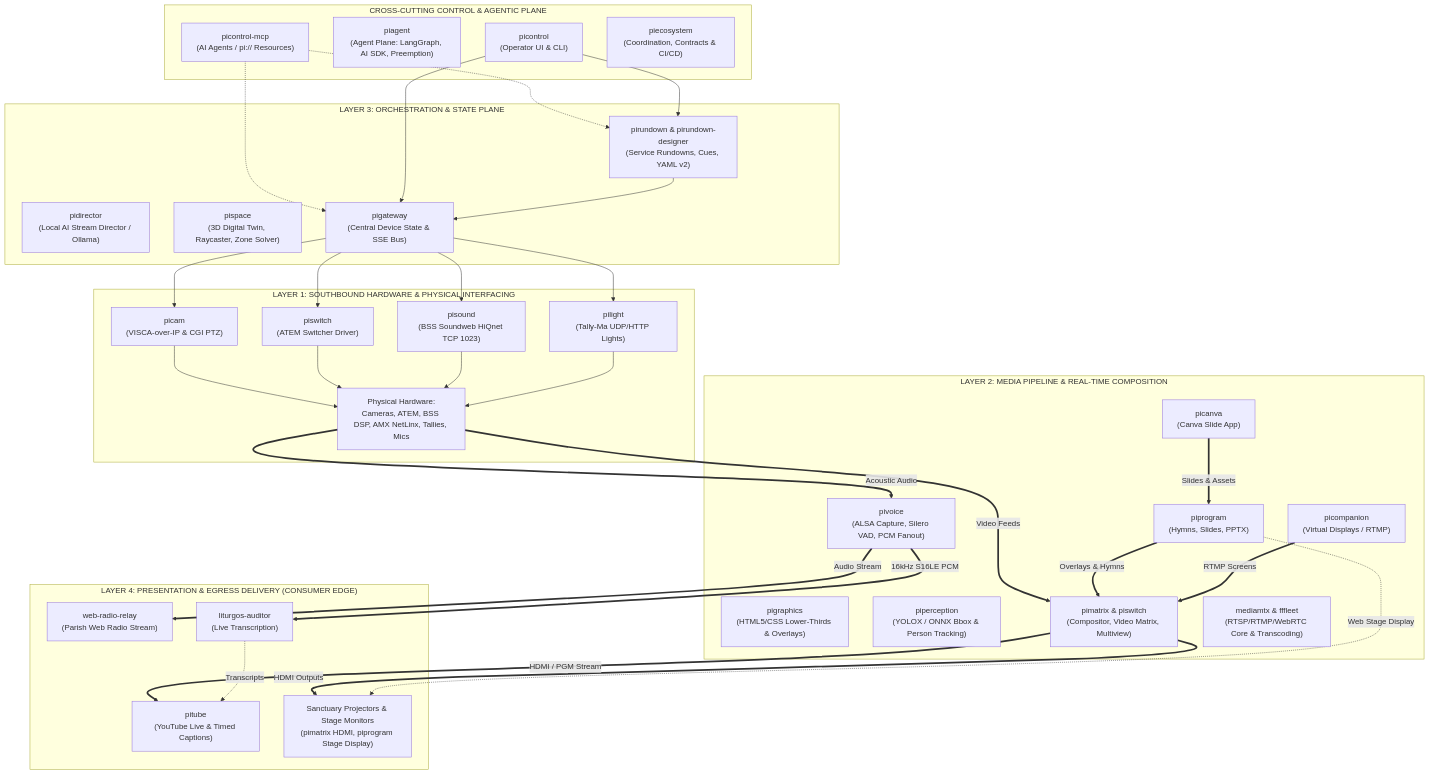
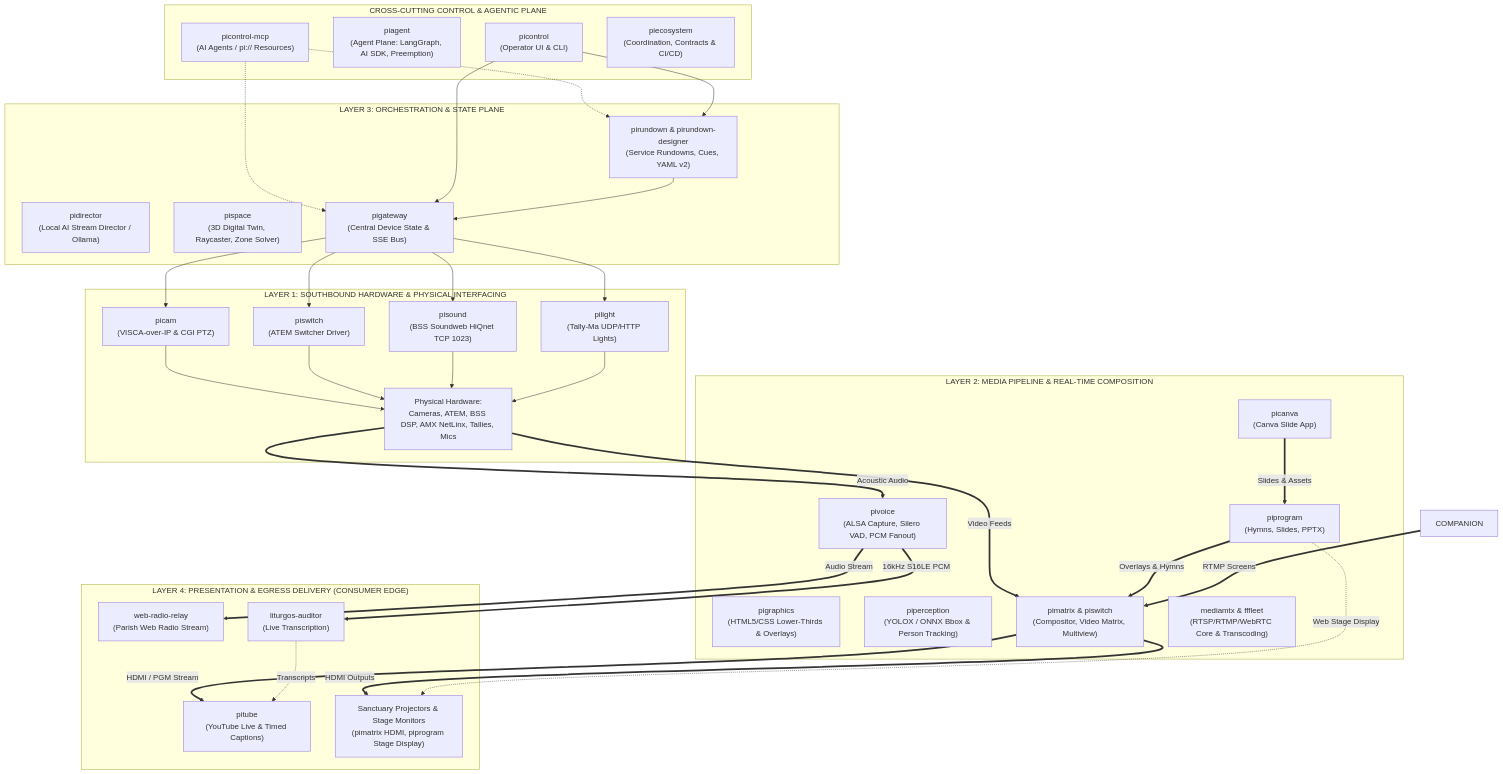
The diagram in docs/architecture-layers.md (jsilvanus/piecosystem), drawn with Mermaid before and after one commit. The commit also changed other lines of this file and 8 other files, not shown here.

First line of the commit message:
Rename picompanion to virtual-screen-streamer and add seam category

````diff
--- a/docs/architecture-layers.md
+++ b/docs/architecture-layers.md
@@ -47,74 +47,73 @@
 ```mermaid
 flowchart TD
     subgraph CP["CROSS-CUTTING CONTROL & AGENTIC PLANE"]
         MCP["picontrol-mcp<br/>(AI Agents / pi:// Resources)"]
         AGENT["piagent<br/>(Agent Plane: LangGraph, AI SDK, Preemption)"]
         UI["picontrol<br/>(Operator UI & CLI)"]
         GOV["piecosystem<br/>(Coordination, Contracts & CI/CD)"]
     end
 
     subgraph L3["LAYER 3: ORCHESTRATION & STATE PLANE"]
         RUNDOWN["pirundown & pirundown-designer<br/>(Service Rundowns, Cues, YAML v2)"]
         DIRECTOR["pidirector<br/>(Local AI Stream Director / Ollama)"]
         SPACE["pispace<br/>(3D Digital Twin, Raycaster, Zone Solver)"]
         GATEWAY["pigateway<br/>(Central Device State & SSE Bus)"]
     end
 
     subgraph L2["LAYER 2: MEDIA PIPELINE & REAL-TIME COMPOSITION"]
         CANVA["picanva<br/>(Canva Slide App)"]
         PGM["piprogram<br/>(Hymns, Slides, PPTX)"]
         GRAPHICS["pigraphics<br/>(HTML5/CSS Lower-Thirds & Overlays)"]
-        COMPANION["picompanion<br/>(Virtual Displays / RTMP)"]
         PERCEPTION["piperception<br/>(YOLOX / ONNX Bbox & Person Tracking)"]
         VOICE_DSP["pivoice<br/>(ALSA Capture, Silero VAD, PCM Fanout)"]
         MATRIX["pimatrix & piswitch<br/>(Compositor, Video Matrix, Multiview)"]
         MEDIAMTX["mediamtx & fffleet<br/>(RTSP/RTMP/WebRTC Core & Transcoding)"]
     end
 
     subgraph L1["LAYER 1: SOUTHBOUND HARDWARE & PHYSICAL INTERFACING"]
         PICAM["picam<br/>(VISCA-over-IP & CGI PTZ)"]
         PISWITCH["piswitch<br/>(ATEM Switcher Driver)"]
         PISOUND["pisound<br/>(BSS Soundweb HiQnet TCP 1023)"]
         PILIGHT["pilight<br/>(Tally-Ma UDP/HTTP Lights)"]
         HW_DEVICES["Physical Hardware:<br/>Cameras, ATEM, BSS DSP, AMX NetLinx, Tallies, Mics"]
     end
 
     subgraph L4["LAYER 4: PRESENTATION & EGRESS DELIVERY (CONSUMER EDGE)"]
         YT["pitube<br/>(YouTube Live & Timed Captions)"]
         RADIO["web-radio-relay<br/>(Parish Web Radio Stream)"]
         AUDITOR["liturgos-auditor<br/>(Live Transcription)"]
         DISPLAYS["Sanctuary Projectors & Stage Monitors<br/>(pimatrix HDMI, piprogram Stage Display)"]
     end
 
     %% Control Flow
     MCP -.-> RUNDOWN
     MCP -.-> GATEWAY
     UI --> RUNDOWN
     UI --> GATEWAY
     RUNDOWN --> GATEWAY
     GATEWAY --> PICAM
     GATEWAY --> PISWITCH
     GATEWAY --> PISOUND
     GATEWAY --> PILIGHT
 
     %% Hardware Interfacing
     PICAM --> HW_DEVICES
     PISWITCH --> HW_DEVICES
     PISOUND --> HW_DEVICES
     PILIGHT --> HW_DEVICES
 
     %% Media Flow (Direct Data Plane)
     HW_DEVICES ==>|Video Feeds| MATRIX
     HW_DEVICES ==>|Acoustic Audio| VOICE_DSP
     CANVA ==>|Slides & Assets| PGM
     PGM ==>|Overlays & Hymns| MATRIX
     COMPANION ==>|RTMP Screens| MATRIX
     VOICE_DSP ==>|Audio Stream| RADIO
     VOICE_DSP ==>|16kHz S16LE PCM| AUDITOR
 
     %% Egress Delivery
     MATRIX ==>|HDMI / PGM Stream| YT
     AUDITOR -.->|Transcripts| YT
     MATRIX ==>|HDMI Outputs| DISPLAYS
     PGM -.->|Web Stage Display| DISPLAYS
 ```
````
